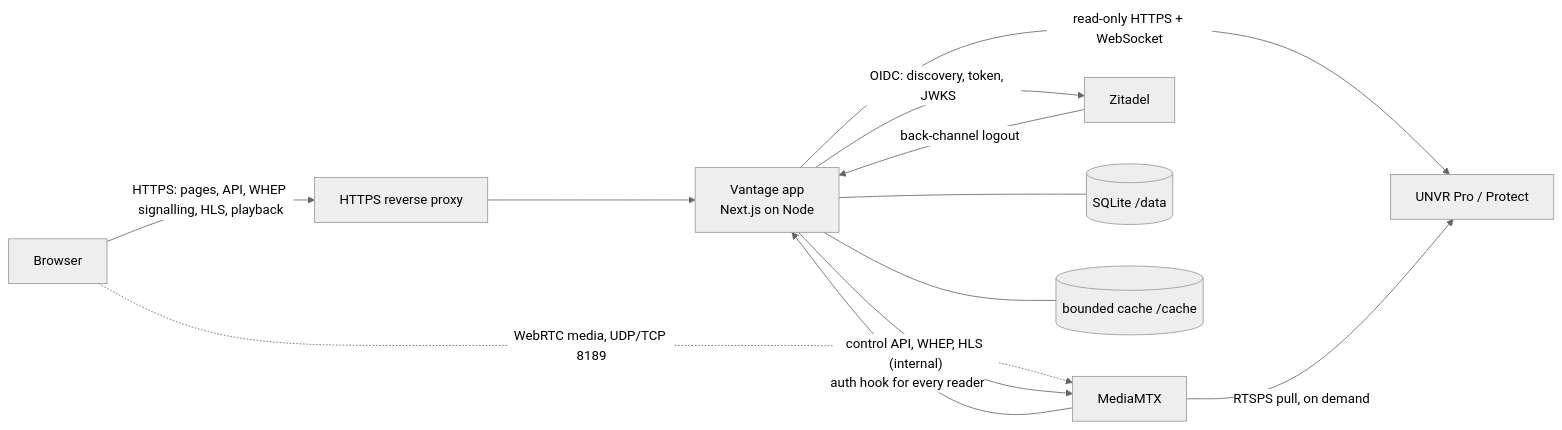
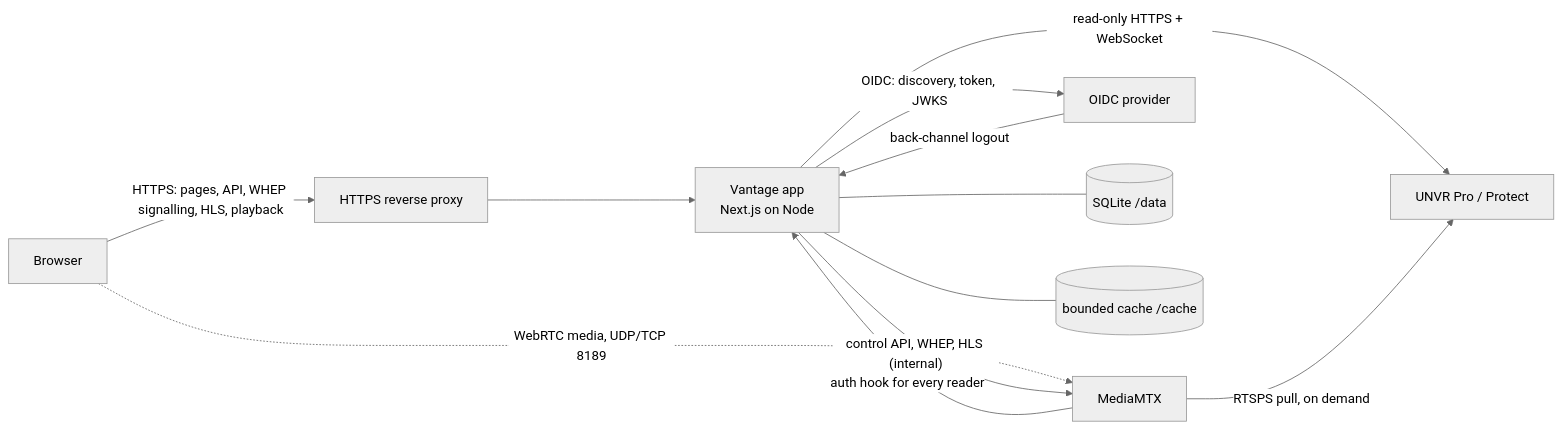
One commit to cmer/unifeye changed the diagram in docs/architecture.md. Above: the diagram before and after it, drawn with Mermaid (neutral theme). The commit also changed other lines of this file and 22 other files, not shown here.

First line of the commit message:
Make sign-in work with any OIDC provider

````diff
--- a/docs/architecture.md
+++ b/docs/architecture.md
@@ -5,14 +5,14 @@
 ```mermaid
 flowchart LR
   B[Browser] -- HTTPS: pages, API, WHEP signalling, HLS, playback --> P[HTTPS reverse proxy]
   P --> A[Vantage app<br/>Next.js on Node]
   B -. WebRTC media, UDP/TCP 8189 .-> M[MediaMTX]
   A -- control API, WHEP, HLS (internal) --> M
   M -- auth hook for every reader --> A
-  A -- OIDC: discovery, token, JWKS --> Z[Zitadel]
+  A -- OIDC: discovery, token, JWKS --> Z[OIDC provider]
   Z -- back-channel logout --> A
   A -- read-only HTTPS + WebSocket --> N[UNVR Pro / Protect]
   M -- RTSPS pull, on demand --> N
   A --- D[(SQLite /data)]
   A --- C[(bounded cache /cache)]
 ```
````
